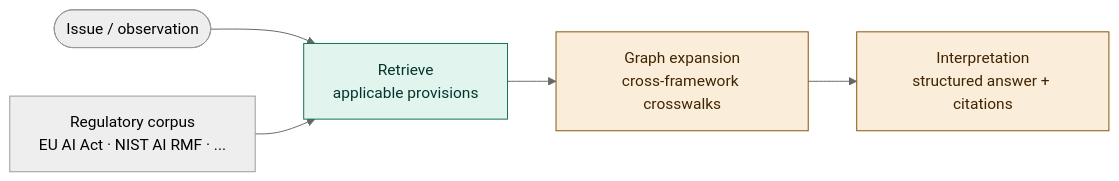
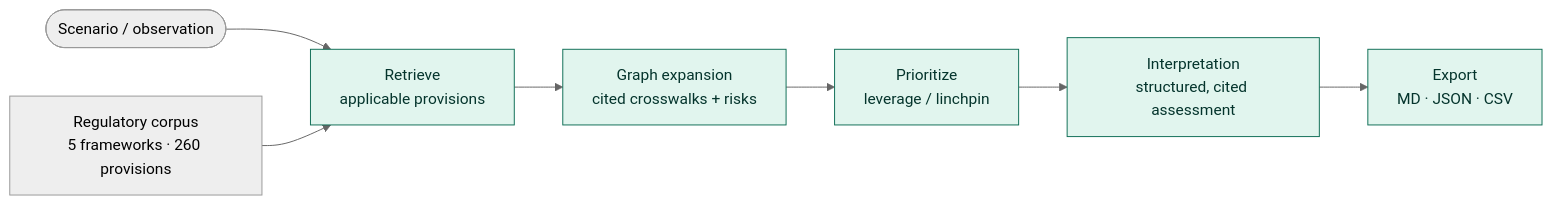
The second of 4 diagrams in README.md (minw0607/Regulus), drawn with Mermaid (neutral theme) before and after one commit. The commit also changed other lines of this file and 3 other files, not shown here.

````diff
--- a/README.md
+++ b/README.md
@@ -72,11 +112,11 @@
 ```mermaid
 flowchart LR
-    I(["Issue / observation"]) --> RET["Retrieve<br/>applicable provisions"]
-    C["Regulatory corpus<br/>EU AI Act · NIST AI RMF · ..."] --> RET
-    RET --> G["Graph expansion<br/>cross-framework crosswalks"]
-    G --> INT["Interpretation<br/>structured answer + citations"]
+    I(["Scenario / observation"]) --> RET["Retrieve<br/>applicable provisions"]
+    C["Regulatory corpus<br/>5 frameworks · 260 provisions"] --> RET
+    RET --> G["Graph expansion<br/>cited crosswalks + risks"]
+    G --> PRI["Prioritize<br/>leverage / linchpin"]
+    PRI --> INT["Interpretation<br/>structured, cited assessment"]
+    INT --> EX["Export<br/>MD · JSON · CSV"]
     classDef now fill:#e1f5ee,stroke:#0f6e56,color:#04342c;
-    classDef next fill:#faeeda,stroke:#854f0b,color:#412402;
-    class RET now
-    class G,INT next
+    class RET,G,PRI,INT,EX now
 ```
````
